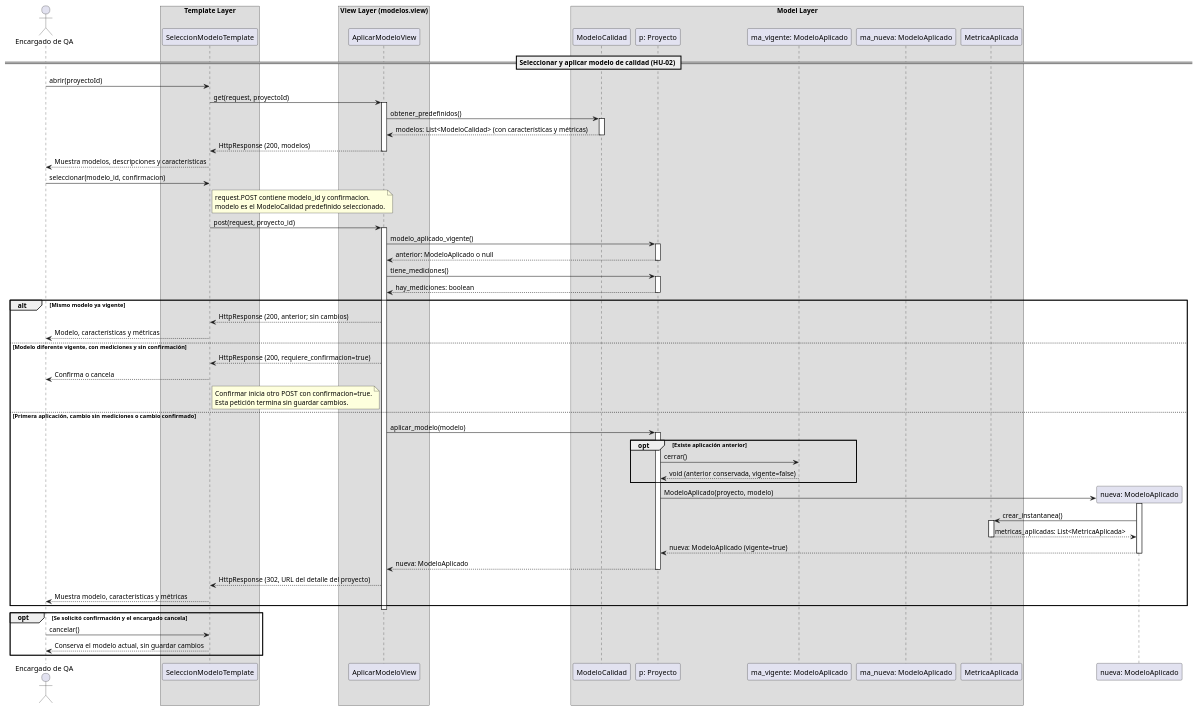
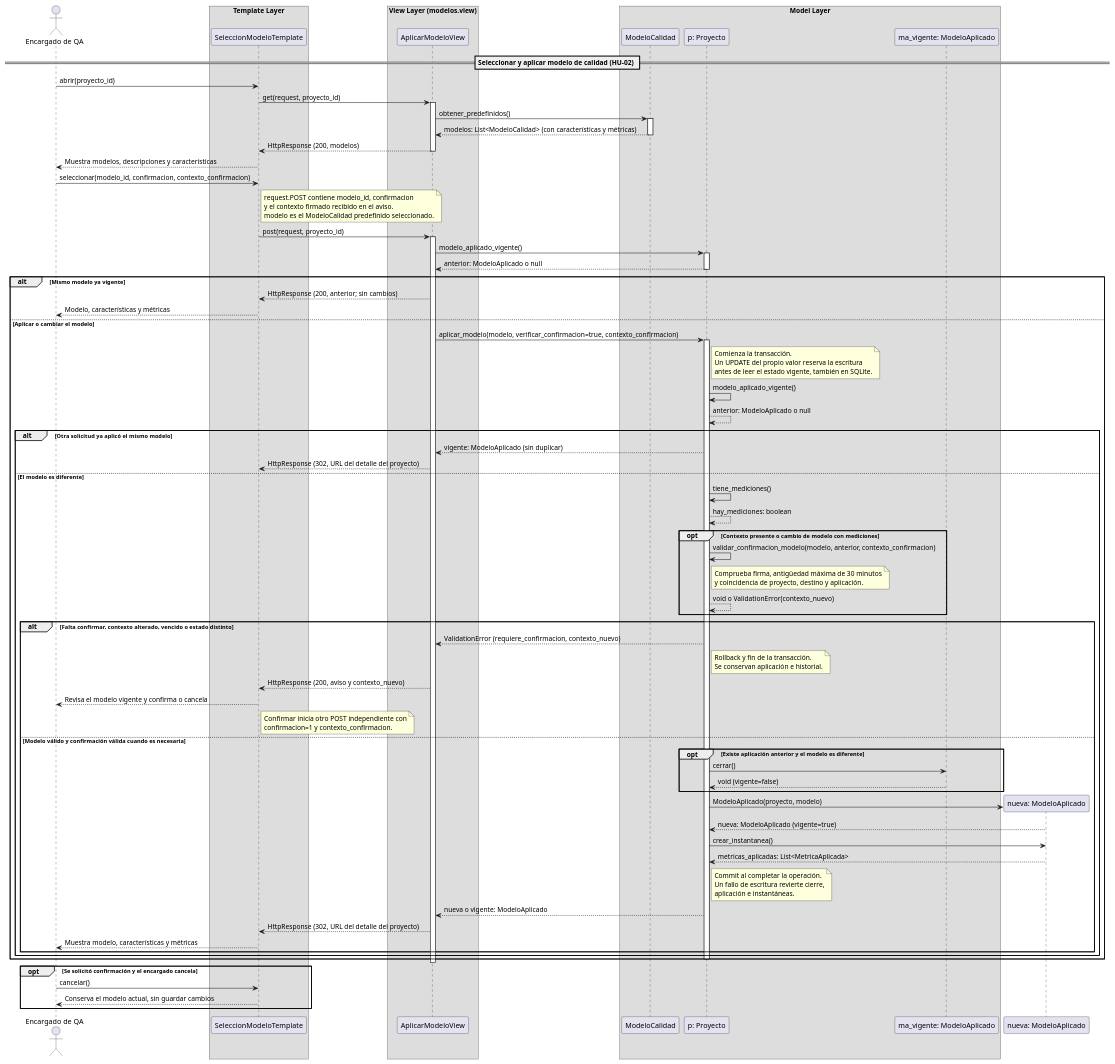
Before and after one commit to Josgtg/QA-Admin: the diagram in diagrams_corregidos/secuencia/hu2_secuencia.puml, drawn with PlantUML. The commit also changed 5 other files, not shown here.

Commit message:
Valida confirmaciones de cambio de modelo en HU-02

```diff
--- a/diagrams_corregidos/secuencia/hu2_secuencia.puml
+++ b/diagrams_corregidos/secuencia/hu2_secuencia.puml
@@ -1,95 +1,121 @@
 @startuml
 skinparam shadowing false
 skinparam responseMessageBelowArrow true
 
 actor "Encargado de QA" as Encargado
 
 box "Template Layer"
   participant "SeleccionModeloTemplate" as UI
 end box
 
 box "View Layer (modelos.view)"
   participant "AplicarModeloView" as View
 end box
 
 box "Model Layer"
   participant "ModeloCalidad" as Modelo
   participant "p: Proyecto" as Proyecto
   participant "ma_vigente: ModeloAplicado" as AplicacionVigente
-  participant "ma_nueva: ModeloAplicado" as NuevaAplicacion
-  participant "MetricaAplicada" as Instantanea
 end box
 
 == Seleccionar y aplicar modelo de calidad (HU-02) ==
 
-Encargado -> UI: abrir(proyectoId)
-UI -> View: get(request, proyectoId)
+Encargado -> UI: abrir(proyecto_id)
+UI -> View: get(request, proyecto_id)
 activate View
 
 View -> Modelo: obtener_predefinidos()
 activate Modelo
 Modelo --> View: modelos: List<ModeloCalidad> (con características y métricas)
 deactivate Modelo
 
 View --> UI: HttpResponse (200, modelos)
 deactivate View
 UI --> Encargado: Muestra modelos, descripciones y características
 
-Encargado -> UI: seleccionar(modelo_id, confirmacion)
+Encargado -> UI: seleccionar(modelo_id, confirmacion, contexto_confirmacion)
 note right of UI
-  request.POST contiene modelo_id y confirmacion.
+  request.POST contiene modelo_id, confirmacion
+  y el contexto firmado recibido en el aviso.
   modelo es el ModeloCalidad predefinido seleccionado.
 end note
 UI -> View: post(request, proyecto_id)
 activate View
 
 View -> Proyecto: modelo_aplicado_vigente()
 activate Proyecto
 Proyecto --> View: anterior: ModeloAplicado o null
 deactivate Proyecto
 
-View -> Proyecto: tiene_mediciones()
-activate Proyecto
-Proyecto --> View: hay_mediciones: boolean
-deactivate Proyecto
-
 alt Mismo modelo ya vigente
     View --> UI: HttpResponse (200, anterior; sin cambios)
     UI --> Encargado: Modelo, características y métricas
-else Modelo diferente vigente, con mediciones y sin confirmación
-    View --> UI: HttpResponse (200, requiere_confirmacion=true)
-    UI --> Encargado: Confirma o cancela
-    note right of UI
-      Confirmar inicia otro POST con confirmacion=true.
-      Esta petición termina sin guardar cambios.
+else Aplicar o cambiar el modelo
+    View -> Proyecto: aplicar_modelo(modelo, verificar_confirmacion=true, contexto_confirmacion)
+    activate Proyecto
+    note right of Proyecto
+      Comienza la transacción.
+      Un UPDATE del propio valor reserva la escritura
+      antes de leer el estado vigente, también en SQLite.
     end note
-else Primera aplicación, cambio sin mediciones o cambio confirmado
-    View -> Proyecto: aplicar_modelo(modelo)
-    activate Proyecto
-    opt Existe aplicación anterior
-        Proyecto -> AplicacionVigente: cerrar()
-        AplicacionVigente --> Proyecto: void (anterior conservada, vigente=false)
+    Proyecto -> Proyecto: modelo_aplicado_vigente()
+    Proyecto --> Proyecto: anterior: ModeloAplicado o null
+    alt Otra solicitud ya aplicó el mismo modelo
+        Proyecto --> View: vigente: ModeloAplicado (sin duplicar)
+        View --> UI: HttpResponse (302, URL del detalle del proyecto)
+    else El modelo es diferente
+    Proyecto -> Proyecto: tiene_mediciones()
+    Proyecto --> Proyecto: hay_mediciones: boolean
+
+    opt Contexto presente o cambio de modelo con mediciones
+        Proyecto -> Proyecto: validar_confirmacion_modelo(modelo, anterior, contexto_confirmacion)
+        note right of Proyecto
+          Comprueba firma, antigüedad máxima de 30 minutos
+          y coincidencia de proyecto, destino y aplicación.
+        end note
+        Proyecto --> Proyecto: void o ValidationError(contexto_nuevo)
     end
-    create participant "nueva: ModeloAplicado" as Nueva
-    Proyecto -> Nueva: ModeloAplicado(proyecto, modelo)
-    activate Nueva
-    Nueva -> Instantanea: crear_instantanea()
-    activate Instantanea
-    Instantanea --> Nueva: metricas_aplicadas: List<MetricaAplicada>
-    deactivate Instantanea
-    Nueva --> Proyecto: nueva: ModeloAplicado (vigente=true)
-    deactivate Nueva
-    Proyecto --> View: nueva: ModeloAplicado
+
+    alt Falta confirmar, contexto alterado, vencido o estado distinto
+        Proyecto --> View: ValidationError (requiere_confirmacion, contexto_nuevo)
+        note right of Proyecto
+          Rollback y fin de la transacción.
+          Se conservan aplicación e historial.
+        end note
+        View --> UI: HttpResponse (200, aviso y contexto_nuevo)
+        UI --> Encargado: Revisa el modelo vigente y confirma o cancela
+        note right of UI
+          Confirmar inicia otro POST independiente con
+          confirmacion=1 y contexto_confirmacion.
+        end note
+    else Modelo válido y confirmación válida cuando es necesaria
+        opt Existe aplicación anterior y el modelo es diferente
+            Proyecto -> AplicacionVigente: cerrar()
+            AplicacionVigente --> Proyecto: void (vigente=false)
+        end
+        create participant "nueva: ModeloAplicado" as Nueva
+        Proyecto -> Nueva: ModeloAplicado(proyecto, modelo)
+        Nueva --> Proyecto: nueva: ModeloAplicado (vigente=true)
+        Proyecto -> Nueva: crear_instantanea()
+        Nueva --> Proyecto: metricas_aplicadas: List<MetricaAplicada>
+        note right of Proyecto
+          Commit al completar la operación.
+          Un fallo de escritura revierte cierre,
+          aplicación e instantáneas.
+        end note
+        Proyecto --> View: nueva o vigente: ModeloAplicado
+        View --> UI: HttpResponse (302, URL del detalle del proyecto)
+        UI --> Encargado: Muestra modelo, características y métricas
+    end
+    end
     deactivate Proyecto
-    View --> UI: HttpResponse (302, URL del detalle del proyecto)
-    UI --> Encargado: Muestra modelo, características y métricas
 end
 
 deactivate View
 
 opt Se solicitó confirmación y el encargado cancela
     Encargado -> UI: cancelar()
     UI --> Encargado: Conserva el modelo actual, sin guardar cambios
 end
 
 @enduml
```
